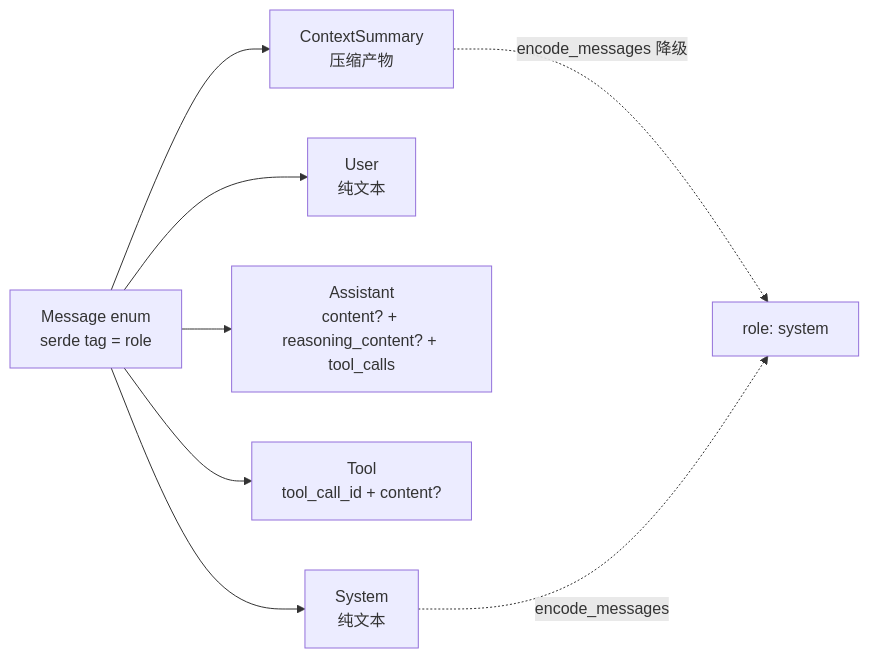
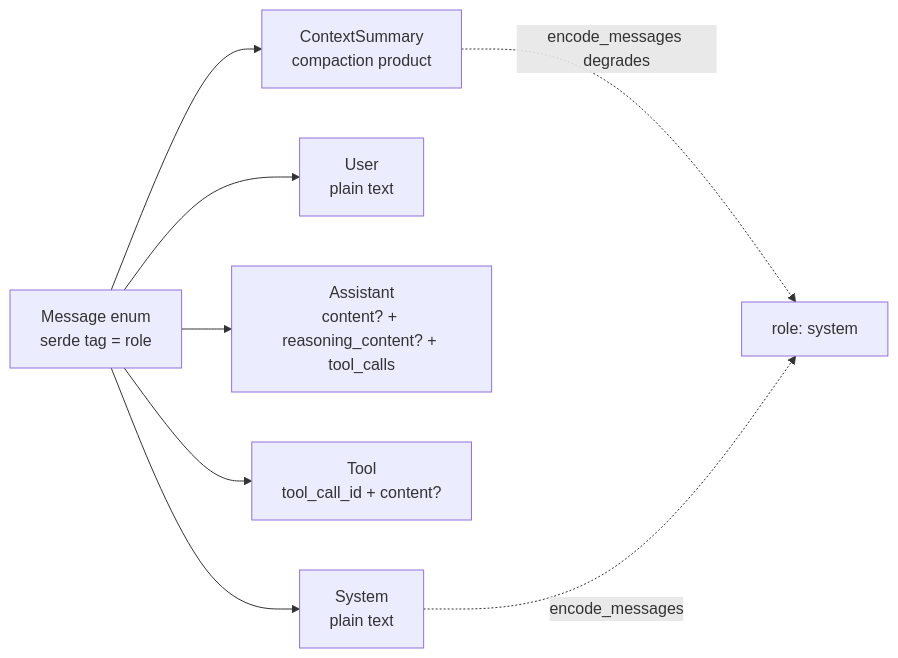
Before and after one commit to Seann0824/Shirley: the fourth of 9 diagrams in docs/architecture.md, drawn with Mermaid. The commit also changed other lines of this file and 131 other files, not shown here.

````diff
--- a/docs/architecture.md
+++ b/docs/architecture.md
@@ -102,11 +102,11 @@
 ```mermaid
 graph LR
     M["Message enum<br/>serde tag = role"]
-    M --> S["System<br/>纯文本"]
-    M --> US["User<br/>纯文本"]
+    M --> S["System<br/>plain text"]
+    M --> US["User<br/>plain text"]
     M --> AS["Assistant<br/>content? + reasoning_content? + tool_calls"]
     M --> T["Tool<br/>tool_call_id + content?"]
-    M --> CS["ContextSummary<br/>压缩产物"]
-    CS -.->|"encode_messages 降级"| SYS["role: system"]
+    M --> CS["ContextSummary<br/>compaction product"]
+    CS -.->|"encode_messages degrades"| SYS["role: system"]
     S -.->|"encode_messages"| SYS
 ```
````
